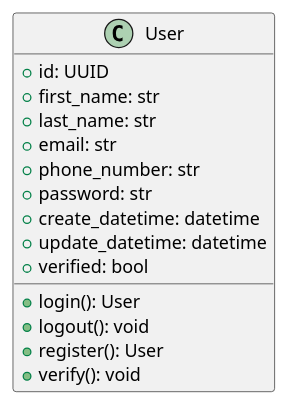
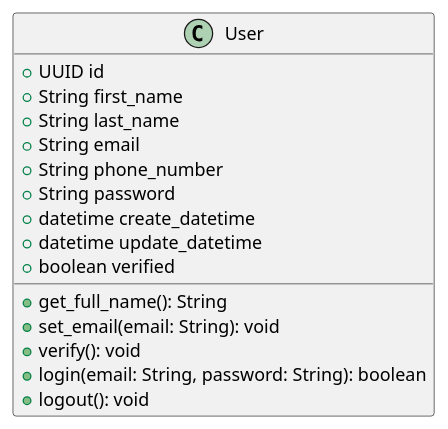
Before and after one commit to EasyDropEt/ed-domain: the diagram in documentation/class-diagrams/user.puml, drawn with PlantUML. The commit also changed 19 other files, not shown here.

```diff
--- a/documentation/class-diagrams/user.puml
+++ b/documentation/class-diagrams/user.puml
@@ -1,19 +1,19 @@
 @startuml
+class User {
+  {field} +UUID id
+  +String first_name
+  +String last_name
+  +String email
+  +String phone_number
+  +String password
+  +datetime create_datetime
+  +datetime update_datetime
+  +boolean verified
 
-class User {
-  {field} + id: UUID
-  + first_name: str
-  + last_name: str
-  + email: str
-  + phone_number: str
-  + password: str
-  + create_datetime: datetime
-  + update_datetime: datetime
-  + verified: bool
-  {method} + login(): User
-  + logout(): void
-  + register(): User
-  + verify(): void
+  {method} +get_full_name(): String
+  +set_email(email: String): void
+  +verify(): void
+  +login(email: String, password: String): boolean
+  +logout(): void
 }
-
 @enduml
```
